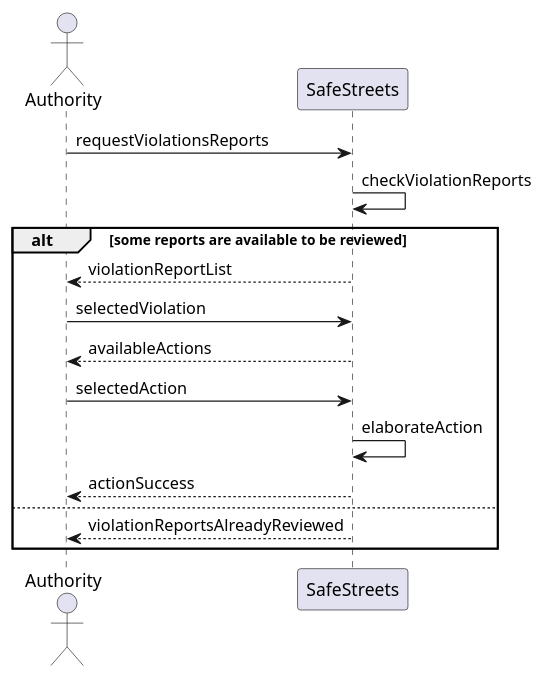
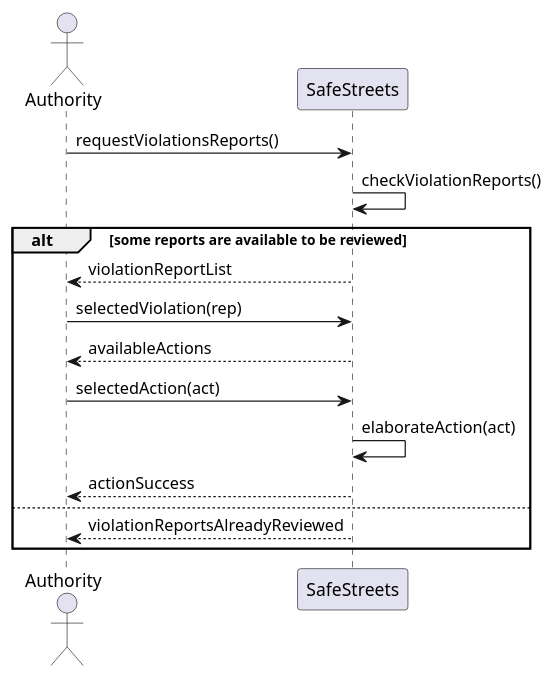
One commit to fuljo/FulginiDiCesare-SE2 changed the diagram in diagrams/rasd_sequence_diagram_uc_2_1.wsd. Above: the diagram before and after it, drawn with PlantUML. The commit also changed 9 other files, not shown here.

```diff
--- a/diagrams/rasd_sequence_diagram_uc_2_1.wsd
+++ b/diagrams/rasd_sequence_diagram_uc_2_1.wsd
@@ -1,20 +1,20 @@
 @startuml rasd_sequence_diagram_uc_2_1
 skinparam Shadowing false
 
 actor Authority as A
 participant SafeStreets as SS
 
-A -> SS : requestViolationsReports
-SS -> SS : checkViolationReports
+A -> SS : requestViolationsReports()
+SS -> SS : checkViolationReports()
 alt some reports are available to be reviewed
 SS --> A : violationReportList
-A -> SS : selectedViolation
+A -> SS : selectedViolation(rep)
 SS --> A : availableActions
-A -> SS : selectedAction
-SS -> SS : elaborateAction
+A -> SS : selectedAction(act)
+SS -> SS : elaborateAction(act)
 SS --> A : actionSuccess
 else
 SS --> A : violationReportsAlreadyReviewed
 end
 
 @enduml
```
